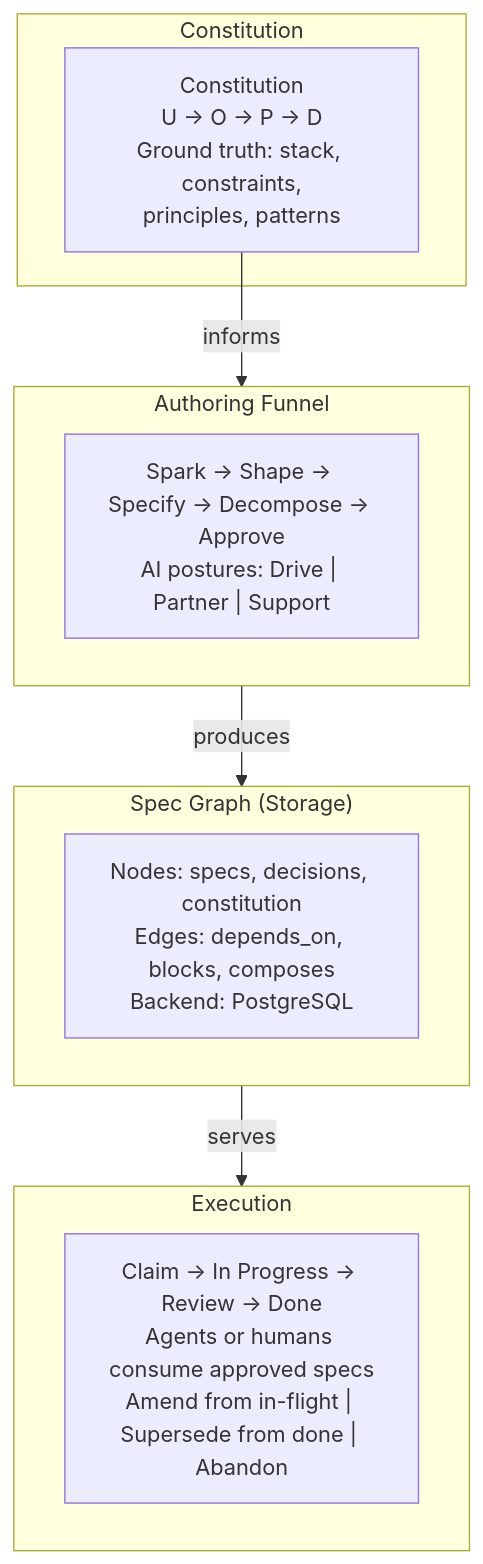
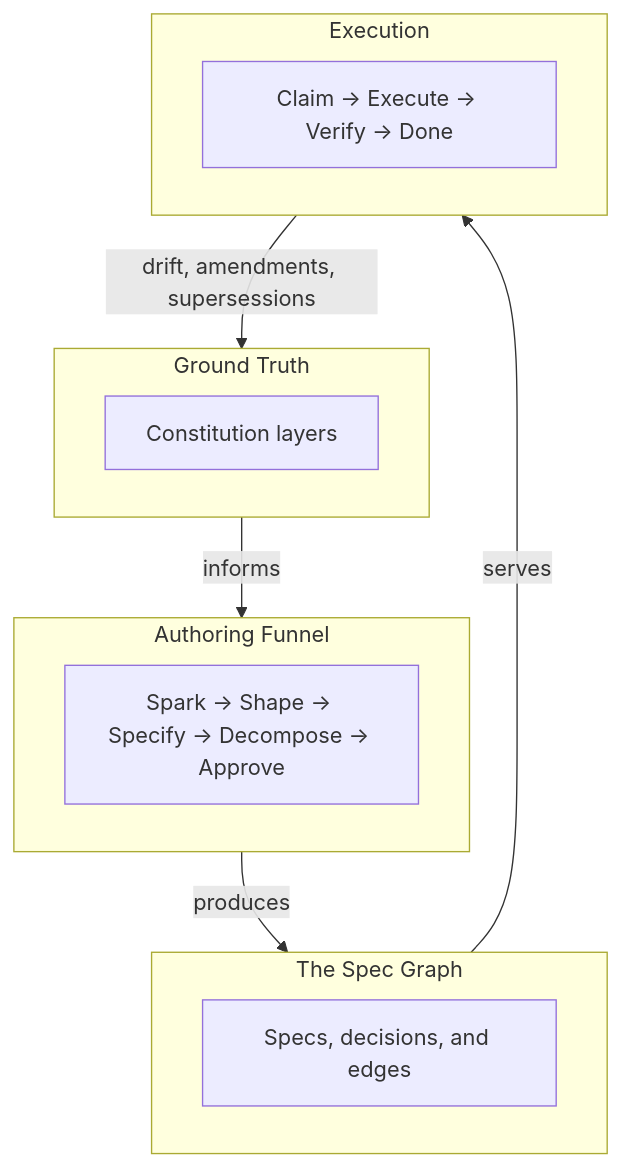
One commit to specgraph/specgraph changed the diagram in site/docs/how-it-works.md. Above: the diagram before and after it, drawn with Mermaid. The commit also changed other lines of this file and 15 other files, not shown here.

````diff
--- a/site/docs/how-it-works.md
+++ b/site/docs/how-it-works.md
@@ -107,22 +130,23 @@
 ```mermaid
 graph TD
-    subgraph Constitution
-        C["Constitution<br/>U → O → P → D<br/>Ground truth: stack, constraints,<br/>principles, patterns"]
+    subgraph GT["Ground Truth"]
+        C["Constitution layers"]
     end
 
     subgraph Funnel["Authoring Funnel"]
-        F["Spark → Shape → Specify → Decompose → Approve<br/>AI postures: Drive | Partner | Support"]
+        F["Spark → Shape → Specify → Decompose → Approve"]
     end
 
-    subgraph Storage["Spec Graph (Storage)"]
-        S["Nodes: specs, decisions, constitution<br/>Edges: depends_on, blocks, composes<br/>Backend: PostgreSQL"]
+    subgraph Graph["The Spec Graph"]
+        S["Specs, decisions, and edges"]
     end
 
     subgraph Execution
-        E["Claim → In Progress → Review → Done<br/>Agents or humans consume approved specs<br/>Amend from in-flight | Supersede from done | Abandon"]
+        E["Claim → Execute → Verify → Done"]
     end
 
-    C -->|informs| Funnel
-    Funnel -->|produces| Storage
-    Storage -->|serves| Execution
+    GT -->|informs| Funnel
+    Funnel -->|produces| Graph
+    Graph -->|serves| Execution
+    Execution -->|drift, amendments, supersessions| GT
 ```
````
